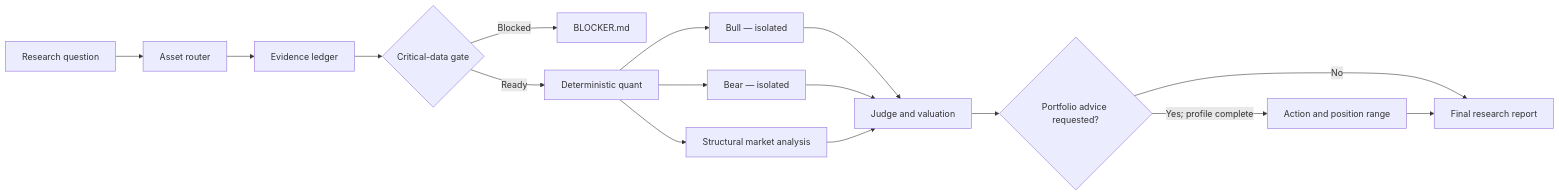
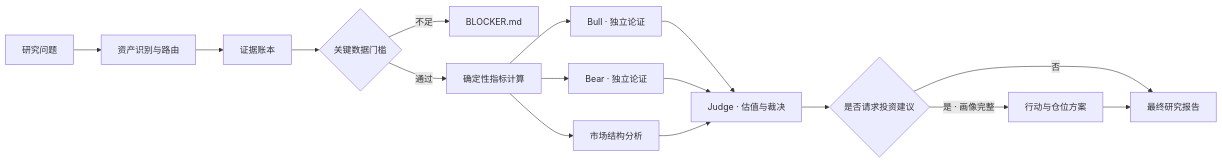
One commit to BTspaceC/SAS-FAS-analyst changed the diagram in README.md. Above: the diagram before and after it, drawn with Mermaid. The commit also changed other lines of this file, not shown here.

````diff
--- a/README.md
+++ b/README.md
@@ -34,18 +37,18 @@
 ```mermaid
 flowchart LR
-    Q["Research question"] --> R["Asset router"]
-    R --> E["Evidence ledger"]
-    E --> G{"Critical-data gate"}
-    G -->|Blocked| X["BLOCKER.md"]
-    G -->|Ready| C["Deterministic quant"]
-    C --> B1["Bull — isolated"]
-    C --> B2["Bear — isolated"]
-    C --> M["Structural market analysis"]
-    B1 --> J["Judge and valuation"]
+    Q["研究问题"] --> R["资产识别与路由"]
+    R --> E["证据账本"]
+    E --> G{"关键数据门槛"}
+    G -->|不足| X["BLOCKER.md"]
+    G -->|通过| C["确定性指标计算"]
+    C --> B1["Bull · 独立论证"]
+    C --> B2["Bear · 独立论证"]
+    C --> M["市场结构分析"]
+    B1 --> J["Judge · 估值与裁决"]
     B2 --> J
     M --> J
-    J --> P{"Portfolio advice requested?"}
-    P -->|No| F["Final research report"]
-    P -->|Yes; profile complete| D["Action and position range"]
+    J --> P{"是否请求投资建议"}
+    P -->|否| F["最终研究报告"]
+    P -->|是 · 画像完整| D["行动与仓位方案"]
     D --> F
 ```
````
